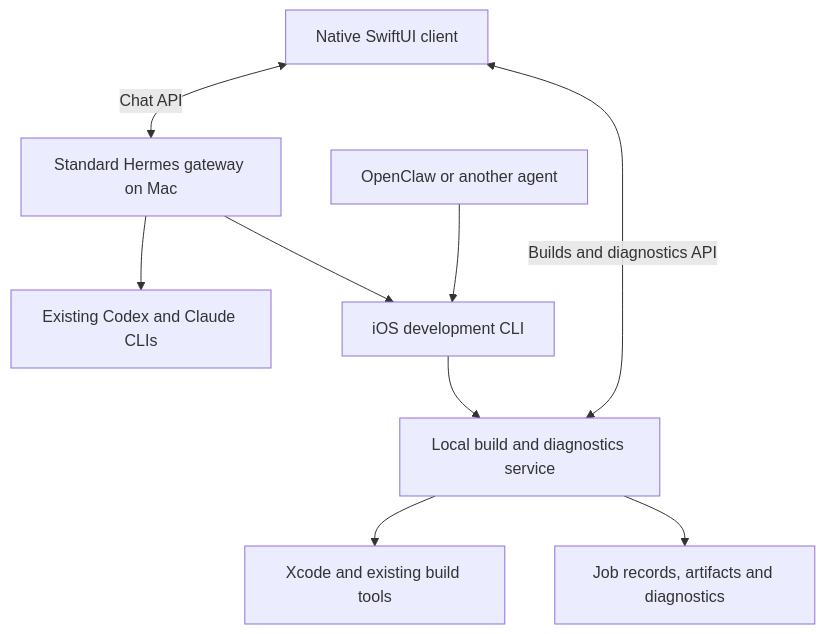
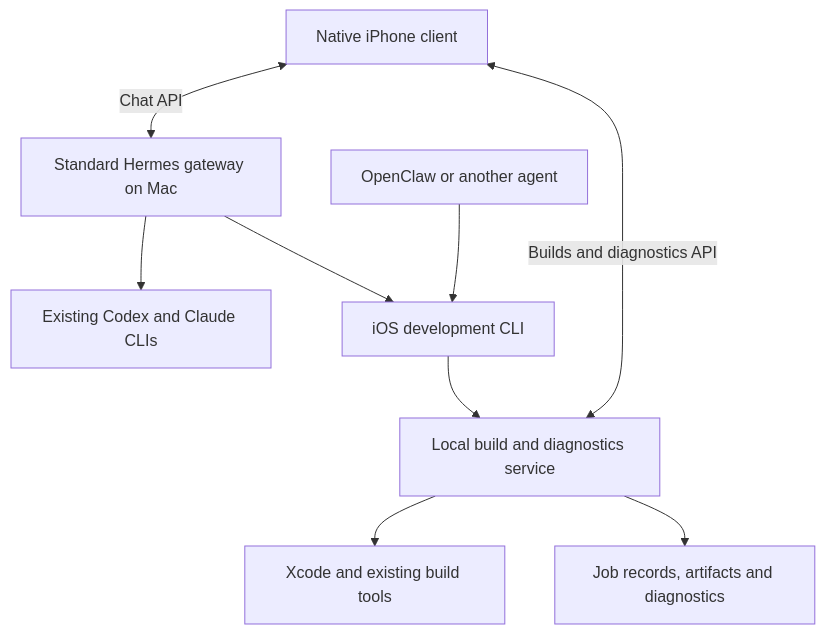
One commit to achimala/Squircle changed the diagram in docs/architecture.md. Above: the diagram before and after it, drawn with Mermaid. The commit also changed other lines of this file and 10 other files, not shown here.

````diff
--- a/docs/architecture.md
+++ b/docs/architecture.md
@@ -7,11 +7,11 @@
 ```mermaid
 flowchart TD
-    Phone[Native SwiftUI client] <-->|Chat API| Hermes[Standard Hermes gateway on Mac]
+    Phone[Native iPhone client] <-->|Chat API| Hermes[Standard Hermes gateway on Mac]
     Hermes --> Workers[Existing Codex and Claude CLIs]
     Hermes --> CLI[iOS development CLI]
     Other[OpenClaw or another agent] --> CLI
     CLI --> Core[Local build and diagnostics service]
     Phone <-->|Builds and diagnostics API| Core
     Core --> Build[Xcode and existing build tools]
     Core --> Storage[Job records, artifacts and diagnostics]
 ```
````
